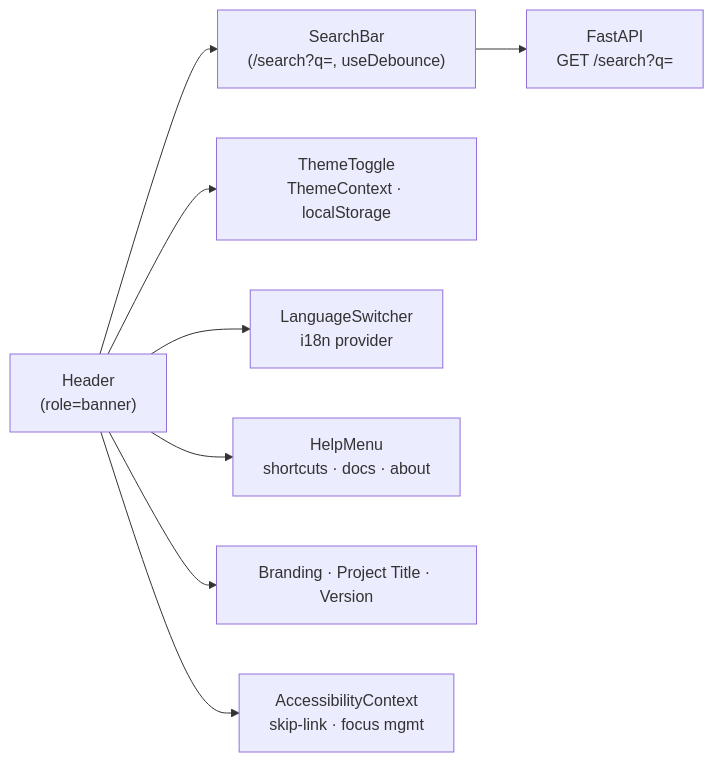
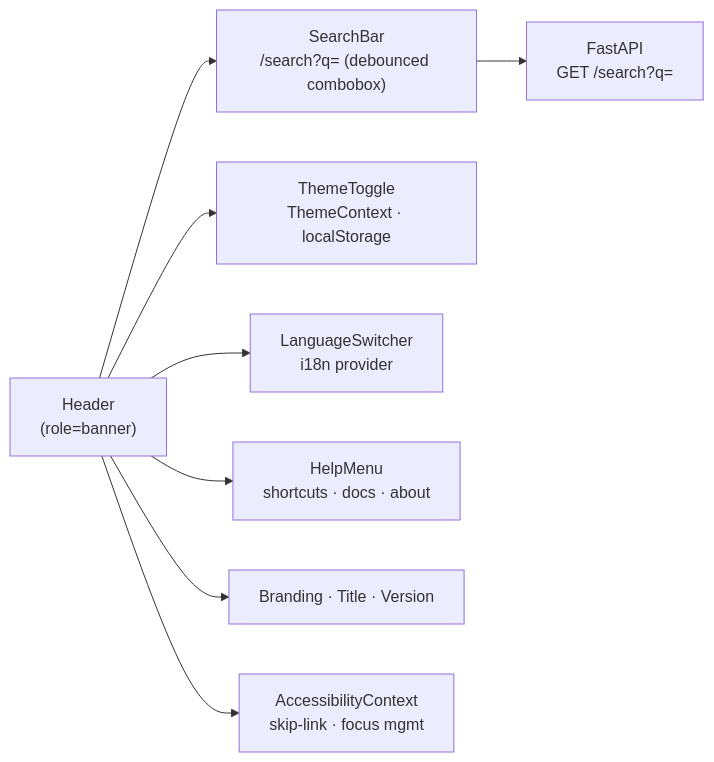
Before and after one commit to bartytime4life/Kansas-Frontier-Matrix: the diagram in web/src/components/Header/README.md, drawn with Mermaid. The commit also changed other lines of this file, not shown here.

````diff
--- a/web/src/components/Header/README.md
+++ b/web/src/components/Header/README.md
@@ -47,11 +119,10 @@
 ```mermaid
 flowchart LR
-  H["Header<br/>(role=banner)"] --> S["SearchBar<br/>(/search?q=, useDebounce)"]
+  H["Header<br/>(role=banner)"] --> S["SearchBar<br/>/search?q= (debounced combobox)"]
   H --> T["ThemeToggle<br/>ThemeContext · localStorage"]
   H --> L["LanguageSwitcher<br/>i18n provider"]
   H --> M["HelpMenu<br/>shortcuts · docs · about"]
-  H --> LOGO["Branding · Project Title · Version"]
+  H --> LOGO["Branding · Title · Version"]
   S --> API["FastAPI<br/>GET /search?q="]
   H --> ACC["AccessibilityContext<br/>skip-link · focus mgmt"]
-%% END OF MERMAID
 ```
````
